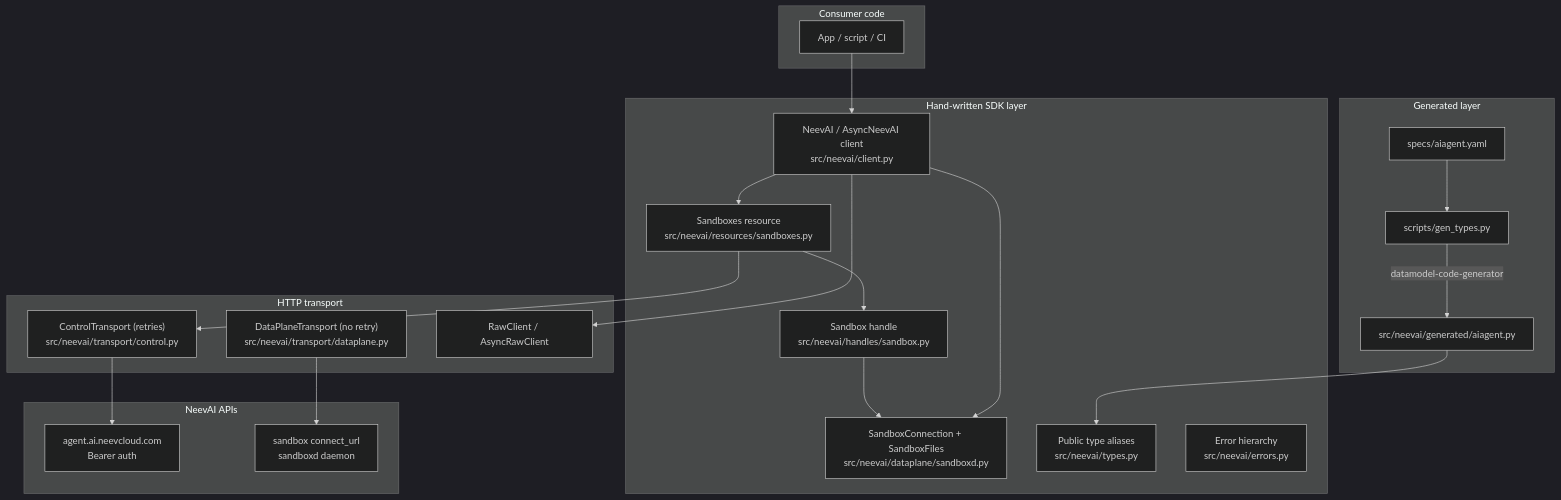
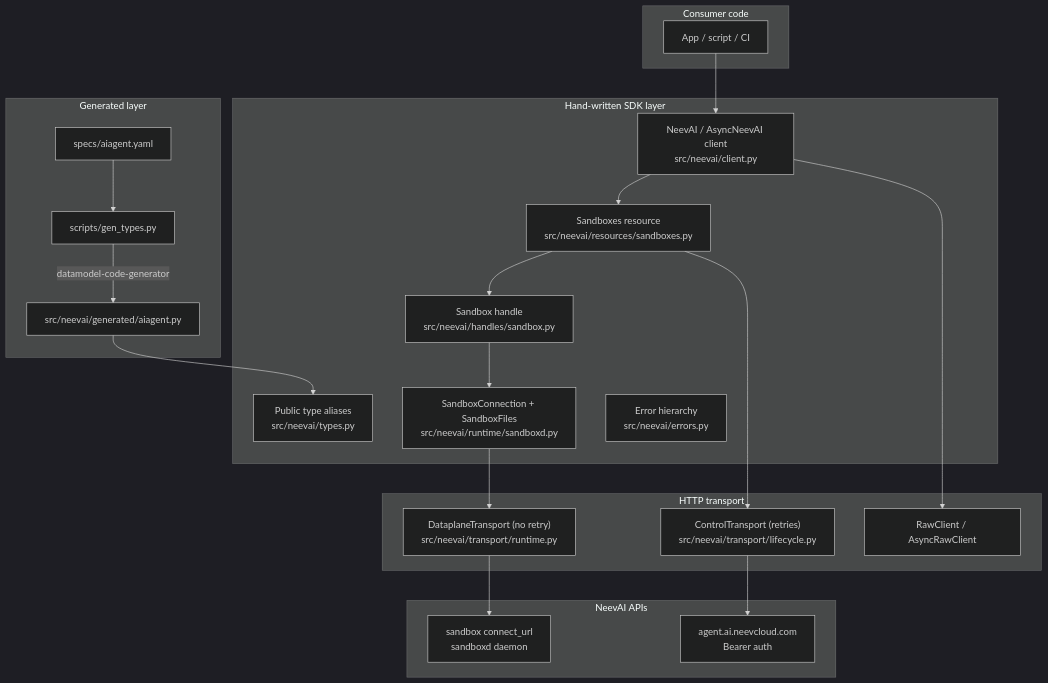
One commit to NeevCloudAI/neev-sdk-python changed the first of 2 diagrams in docs/architecture.md. Above: the diagram before and after it, drawn with Mermaid (dark theme). The commit also changed other lines of this file and 37 other files, not shown here.

````diff
--- a/docs/architecture.md
+++ b/docs/architecture.md
@@ -60,46 +60,46 @@
 ```mermaid
 flowchart TB
   subgraph consumer [Consumer code]
     App["App / script / CI"]
   end
 
   subgraph sdk [Hand-written SDK layer]
     NeevAI["NeevAI / AsyncNeevAI client<br/>src/neevai/client.py"]
     Sandboxes["Sandboxes resource<br/>src/neevai/resources/sandboxes.py"]
     SandboxHandle["Sandbox handle<br/>src/neevai/handles/sandbox.py"]
-    Sandboxd["SandboxConnection + SandboxFiles<br/>src/neevai/dataplane/sandboxd.py"]
+    Sandboxd["SandboxConnection + SandboxFiles<br/>src/neevai/runtime/sandboxd.py"]
     Types["Public type aliases<br/>src/neevai/types.py"]
     Errors["Error hierarchy<br/>src/neevai/errors.py"]
   end
 
   subgraph transport [HTTP transport]
-    ControlTransport["ControlTransport (retries)<br/>src/neevai/transport/control.py"]
-    DataplaneTransport["DataPlaneTransport (no retry)<br/>src/neevai/transport/dataplane.py"]
+    ControlTransport["ControlTransport (retries)<br/>src/neevai/transport/lifecycle.py"]
+    DataplaneTransport["DataplaneTransport (no retry)<br/>src/neevai/transport/runtime.py"]
     RawClient["RawClient / AsyncRawClient"]
   end
 
   subgraph generated [Generated layer]
     Spec["specs/aiagent.yaml"]
     GenScript["scripts/gen_types.py"]
     GenTypes["src/neevai/generated/aiagent.py"]
   end
 
   subgraph apis [NeevAI APIs]
     ControlPlane["agent.ai.neevcloud.com<br/>Bearer auth"]
     DataPlane["sandbox connect_url<br/>sandboxd daemon"]
   end
 
   App --> NeevAI
   NeevAI --> Sandboxes
   Sandboxes --> SandboxHandle
   SandboxHandle --> Sandboxd
   Sandboxes --> ControlTransport
   NeevAI --> RawClient
-  NeevAI --> Sandboxd
+  Sandboxd --> DataplaneTransport
   ControlTransport --> ControlPlane
   DataplaneTransport --> DataPlane
 
   Spec --> GenScript
   GenScript -->|"datamodel-code-generator"| GenTypes
   GenTypes --> Types
 ```
````
